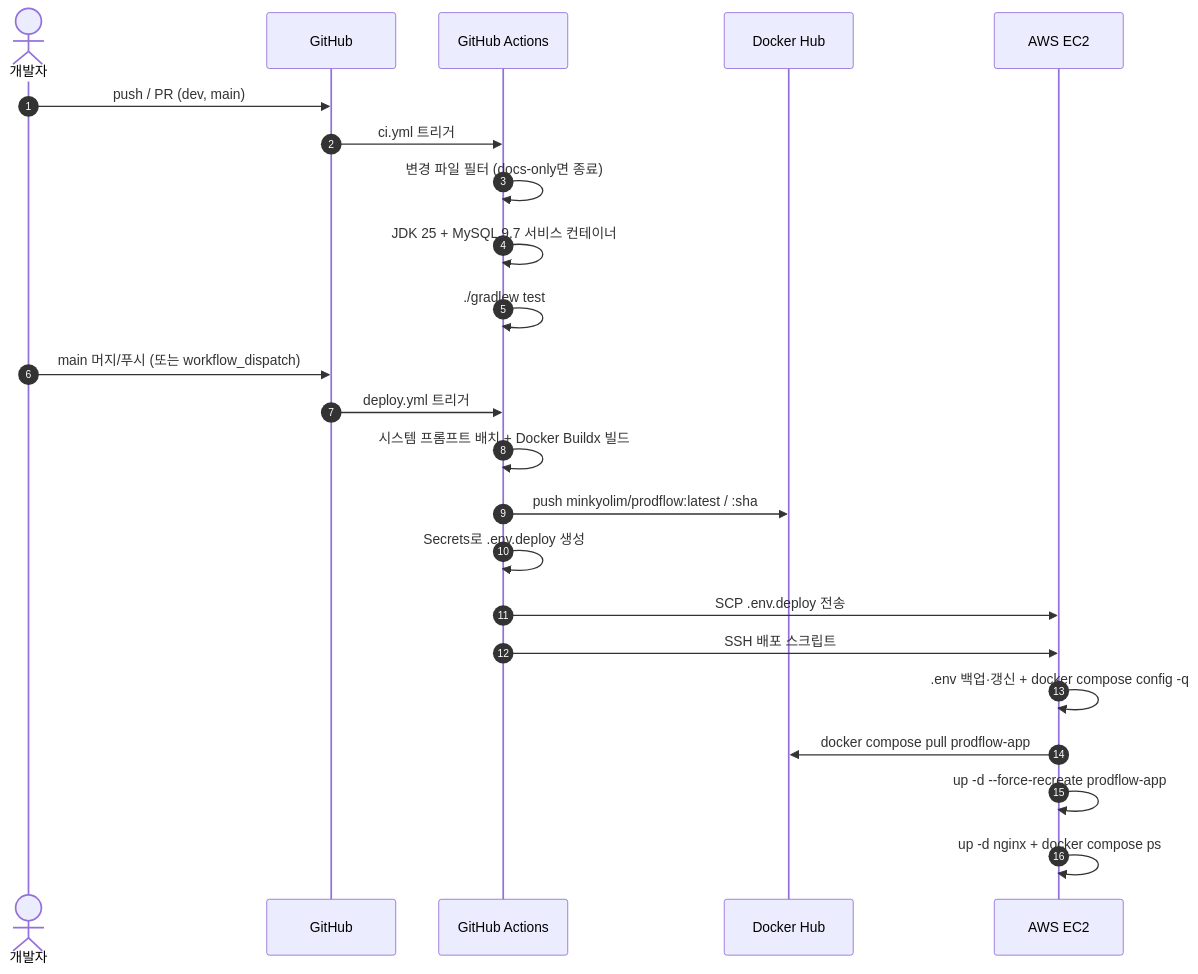
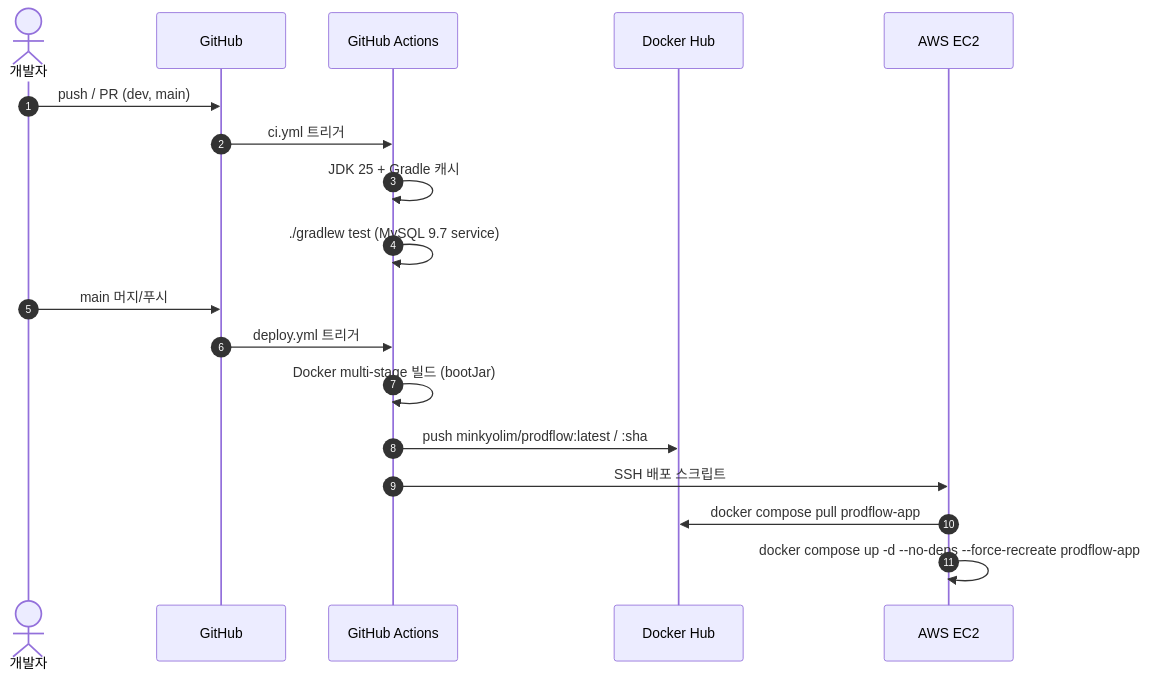
The second of 7 diagrams in docs/02_design/01_architecture.md (likelion-backend-25th/PRODFLOW), drawn with Mermaid before and after one commit. The commit also changed other lines of this file, not shown here.

Commit message:
시스템 아키텍처 수정

````diff
--- a/docs/02_design/01_architecture.md
+++ b/docs/02_design/01_architecture.md
@@ -144,25 +133,22 @@
 ```mermaid
 sequenceDiagram
     autonumber
     actor Dev as 개발자
     participant GH as GitHub
     participant Action as GitHub Actions
     participant Hub as Docker Hub
     participant EC2 as AWS EC2
-    Dev ->> GH: push / PR (dev, main)
-    GH ->> Action: ci.yml 트리거
-    Action ->> Action: 변경 파일 필터 (docs-only면 종료)
-    Action ->> Action: JDK 25 + MySQL 9.7 서비스 컨테이너
-    Action ->> Action: ./gradlew test
-    Dev ->> GH: main 머지/푸시 (또는 workflow_dispatch)
-    GH ->> Action: deploy.yml 트리거
-    Action ->> Action: 시스템 프롬프트 배치 + Docker Buildx 빌드
-    Action ->> Hub: push minkyolim/prodflow:latest / :sha
-    Action ->> Action: Secrets로 .env.deploy 생성
-    Action ->> EC2: SCP .env.deploy 전송
-    Action ->> EC2: SSH 배포 스크립트
-    EC2 ->> EC2: .env 백업·갱신 + docker compose config -q
-    EC2 ->> Hub: docker compose pull prodflow-app
-    EC2 ->> EC2: up -d --force-recreate prodflow-app
-    EC2 ->> EC2: up -d nginx + docker compose ps
+
+    Dev->>GH: push / PR (dev, main)
+    GH->>Action: ci.yml 트리거
+    Action->>Action: JDK 25 + Gradle 캐시
+    Action->>Action: ./gradlew test (MySQL 9.7 service)
+
+    Dev->>GH: main 머지/푸시
+    GH->>Action: deploy.yml 트리거
+    Action->>Action: Docker multi-stage 빌드 (bootJar)
+    Action->>Hub: push minkyolim/prodflow:latest / :sha
+    Action->>EC2: SSH 배포 스크립트
+    EC2->>Hub: docker compose pull prodflow-app
+    EC2->>EC2: docker compose up -d --no-deps --force-recreate prodflow-app
 ```
````
